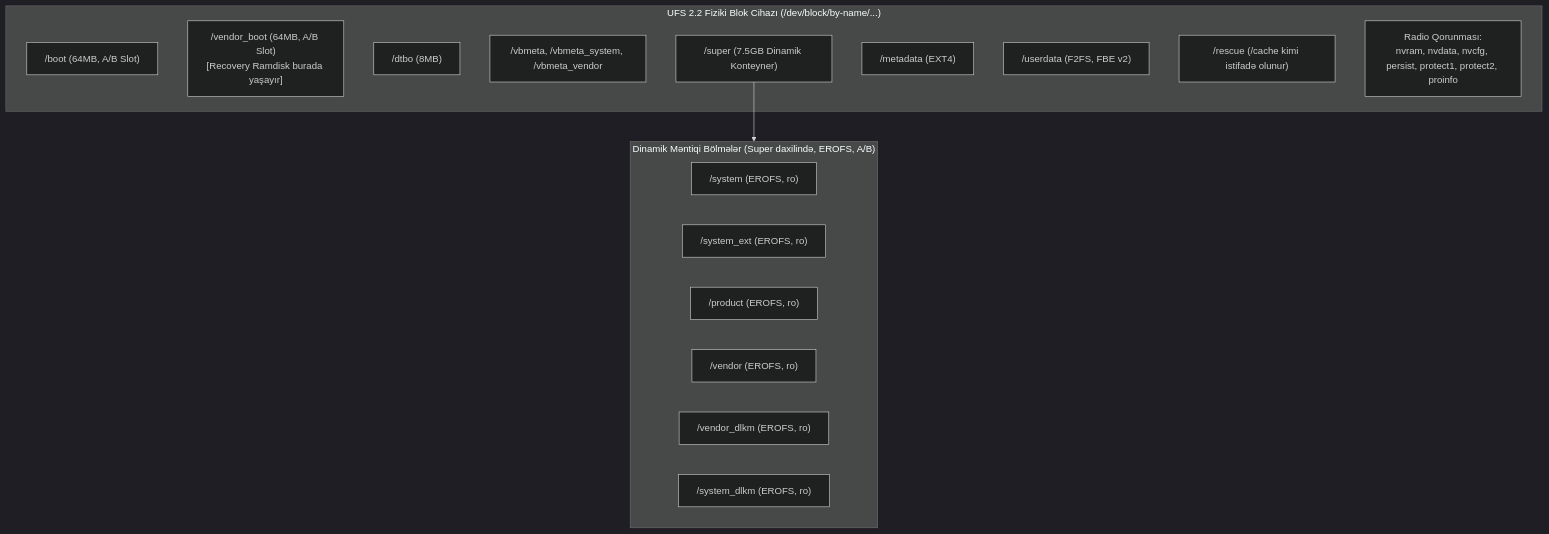
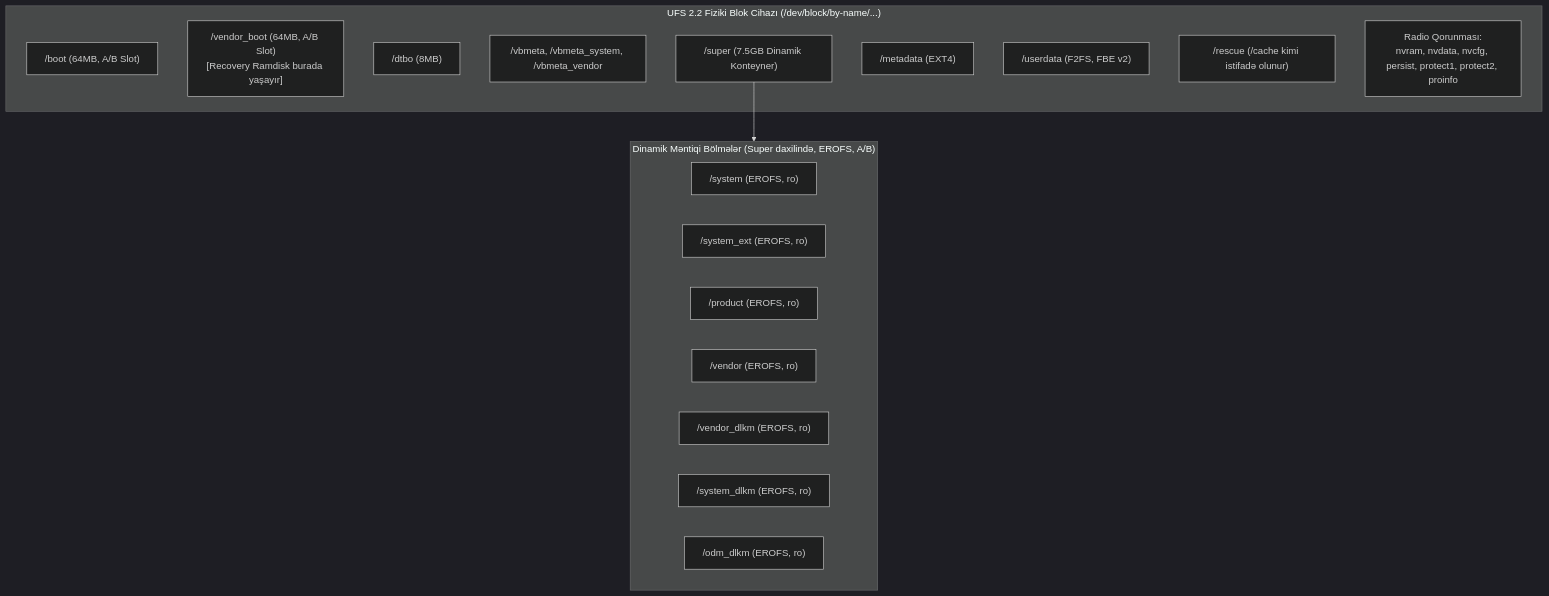
One commit to theilgar/device_xiaomi_emerald-recovery changed the diagram in DEVICE_OVERVIEW.md. Above: the diagram before and after it, drawn with Mermaid (dark theme). The commit also changed other lines of this file and 7 other files, not shown here.

First line of the commit message:
feat: add system.prop, odm_dlkm partition, bootloader symlinks and USB-PD charging

````diff
--- a/DEVICE_OVERVIEW.md
+++ b/DEVICE_OVERVIEW.md
@@ -71,25 +71,26 @@
 ```mermaid
 graph TD
     subgraph StorageUFS["UFS 2.2 Fiziki Blok Cihazı (/dev/block/by-name/...)"]
         boot["/boot (64MB, A/B Slot)"]
         vendor_boot["/vendor_boot (64MB, A/B Slot)<br/>[Recovery Ramdisk burada yaşayır]"]
         dtbo["/dtbo (8MB)"]
         vbmeta_all["/vbmeta, /vbmeta_system, /vbmeta_vendor"]
         super["/super (7.5GB Dinamik Konteyner)"]
         metadata["/metadata (EXT4)"]
         userdata["/userdata (F2FS, FBE v2)"]
         rescue["/rescue (/cache kimi istifadə olunur)"]
         radio["Radio Qorunması:<br/>nvram, nvdata, nvcfg, persist, protect1, protect2, proinfo"]
     end
 
     subgraph DynamicSuper["Dinamik Məntiqi Bölmələr (Super daxilində, EROFS, A/B)"]
         system["/system (EROFS, ro)"]
         system_ext["/system_ext (EROFS, ro)"]
         product["/product (EROFS, ro)"]
         vendor["/vendor (EROFS, ro)"]
         vendor_dlkm["/vendor_dlkm (EROFS, ro)"]
         system_dlkm["/system_dlkm (EROFS, ro)"]
+        odm_dlkm["/odm_dlkm (EROFS, ro)"]
     end
 
     super --> DynamicSuper
 ```
````
